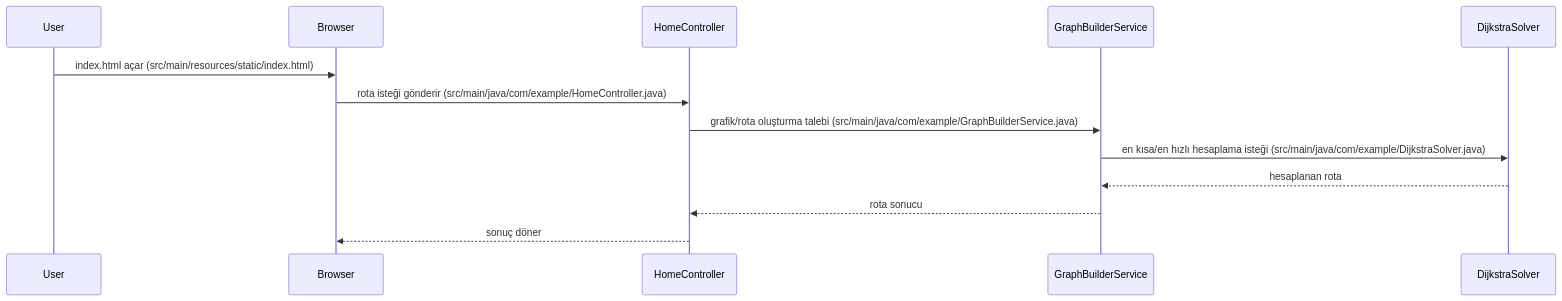
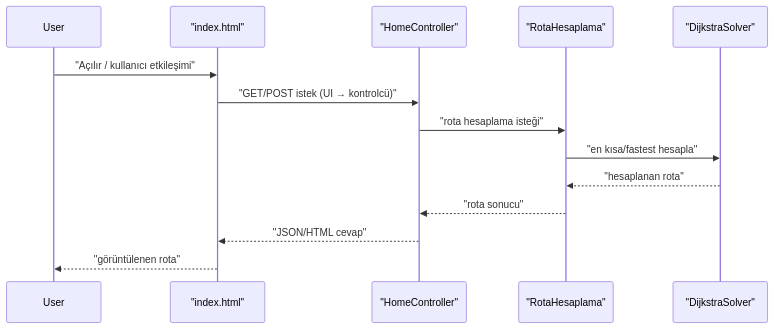
One commit to YusuffBulbul/Izmit_sehir_ici_ulasim changed the second of 2 diagrams in README_ARCH.md. Above: the diagram before and after it, drawn with Mermaid. The commit also changed other lines of this file, not shown here.

Commit message:
docs: update architecture blueprint and code review (2026-09-07)

````diff
--- a/README_ARCH.md
+++ b/README_ARCH.md
@@ -68,16 +56,17 @@
 ```mermaid
 sequenceDiagram
 participant User
-participant Browser
-participant HomeController
-participant GraphBuilderService
-participant DijkstraSolver
-User->>Browser: index.html açar (src/main/resources/static/index.html)
-Browser->>HomeController: rota isteği gönderir (src/main/java/com/example/HomeController.java)
-HomeController->>GraphBuilderService: grafik/rota oluşturma talebi (src/main/java/com/example/GraphBuilderService.java)
-GraphBuilderService->>DijkstraSolver: en kısa/en hızlı hesaplama isteği (src/main/java/com/example/DijkstraSolver.java)
-DijkstraSolver-->>GraphBuilderService: hesaplanan rota
-GraphBuilderService-->>HomeController: rota sonucu
-HomeController-->>Browser: sonuç döner
+participant IndexHTML as "index.html"
+participant HomeController as "HomeController"
+participant RotaHesaplama as "RotaHesaplama"
+participant DijkstraSolver as "DijkstraSolver"
+User->>IndexHTML: "Açılır / kullanıcı etkileşimi"
+IndexHTML->>HomeController: "GET/POST istek (UI → kontrolcü)"
+HomeController->>RotaHesaplama: "rota hesaplama isteği"
+RotaHesaplama->>DijkstraSolver: "en kısa/fastest hesapla"
+DijkstraSolver-->>RotaHesaplama: "hesaplanan rota"
+RotaHesaplama-->>HomeController: "rota sonucu"
+HomeController-->>IndexHTML: "JSON/HTML cevap"
+IndexHTML-->>User: "görüntülenen rota"
 
 ```
````
